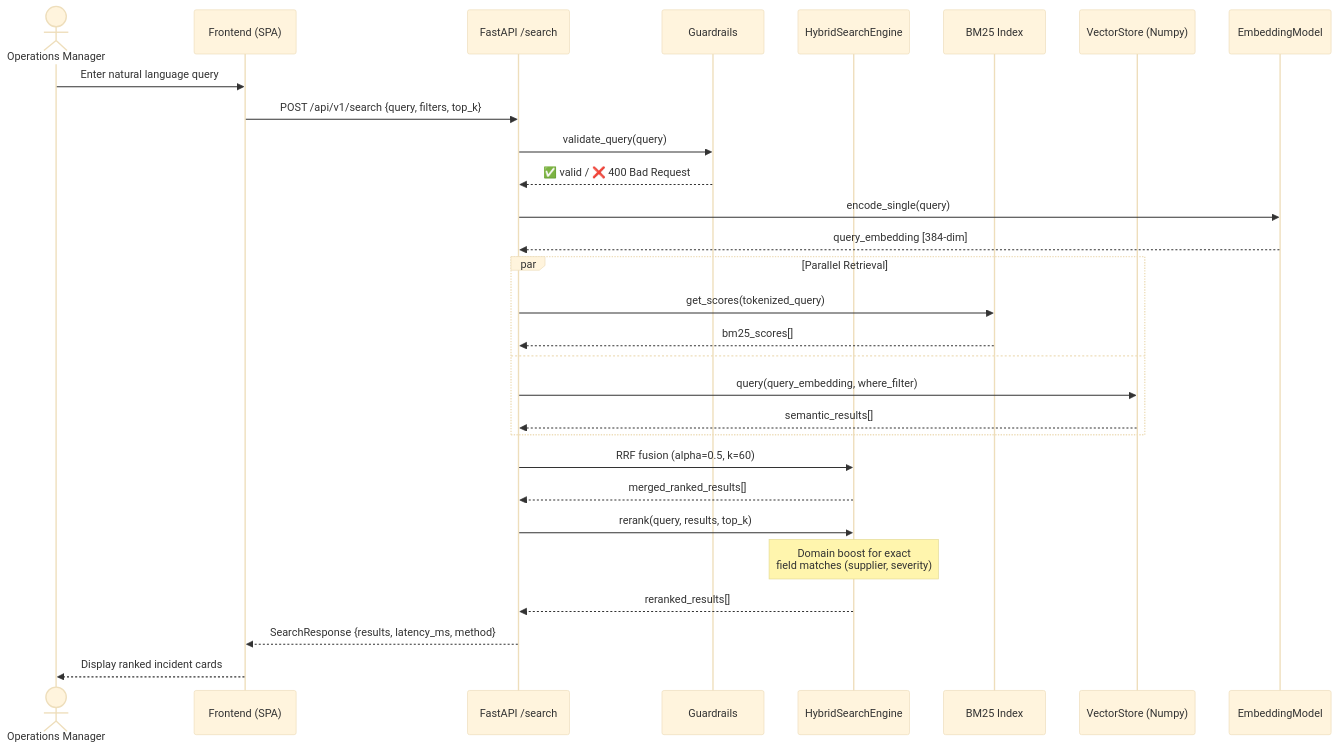
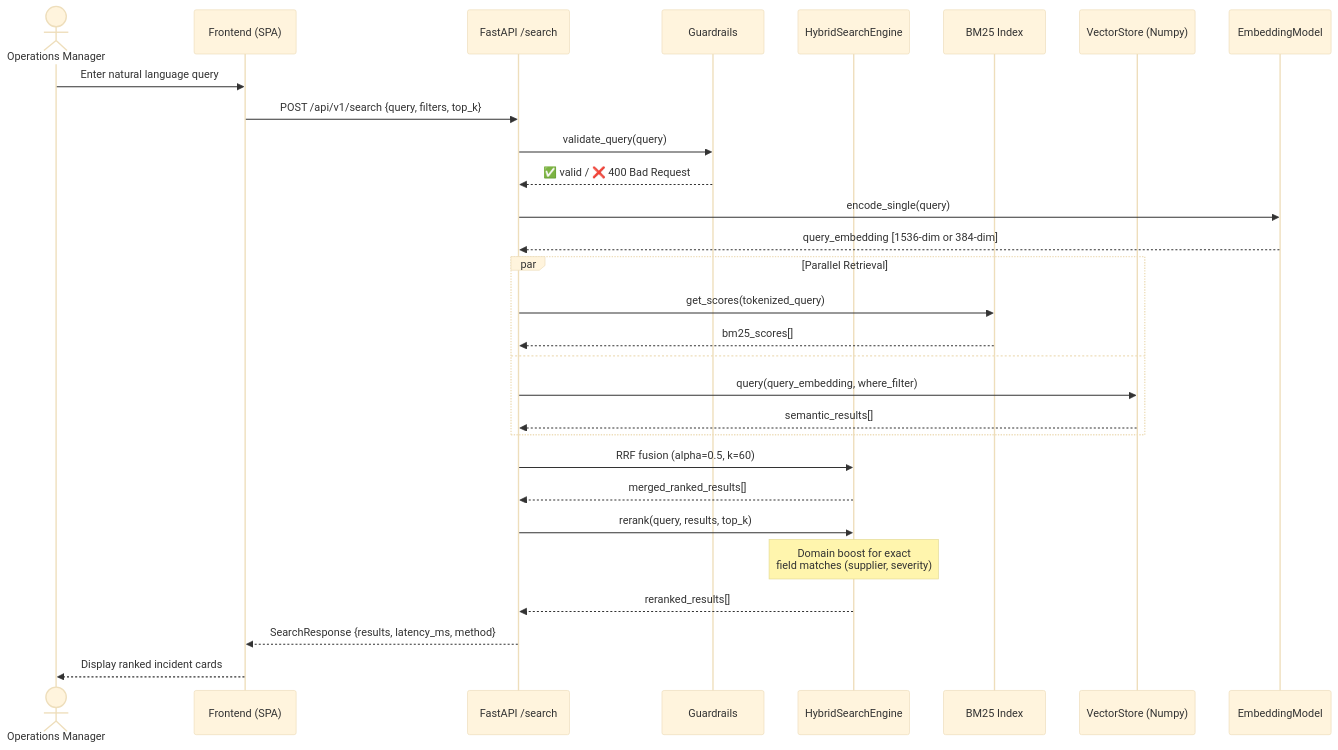
Before and after one commit to sidsingh17/Capstone-Project: the first of 9 diagrams in diagrams/DIAGRAMS.md, drawn with Mermaid (base theme). The commit also changed other lines of this file and 5 other files, not shown here.

````diff
--- a/diagrams/DIAGRAMS.md
+++ b/diagrams/DIAGRAMS.md
@@ -8,37 +9,37 @@
 ```mermaid
 sequenceDiagram
     actor U as Operations Manager
     participant FE as Frontend (SPA)
     participant API as FastAPI /search
     participant GR as Guardrails
     participant HS as HybridSearchEngine
     participant BM as BM25 Index
     participant VS as VectorStore (Numpy)
     participant EM as EmbeddingModel
 
     U->>FE: Enter natural language query
     FE->>API: POST /api/v1/search {query, filters, top_k}
     API->>GR: validate_query(query)
     GR-->>API: ✅ valid / ❌ 400 Bad Request
 
     API->>EM: encode_single(query)
-    EM-->>API: query_embedding [384-dim]
+    EM-->>API: query_embedding [1536-dim or 384-dim]
 
     par Parallel Retrieval
         API->>BM: get_scores(tokenized_query)
         BM-->>API: bm25_scores[]
     and
         API->>VS: query(query_embedding, where_filter)
         VS-->>API: semantic_results[]
     end
 
     API->>HS: RRF fusion (alpha=0.5, k=60)
     HS-->>API: merged_ranked_results[]
 
     API->>HS: rerank(query, results, top_k)
     Note over HS: Domain boost for exact<br/>field matches (supplier, severity)
     HS-->>API: reranked_results[]
 
     API-->>FE: SearchResponse {results, latency_ms, method}
     FE-->>U: Display ranked incident cards
 ```
````
